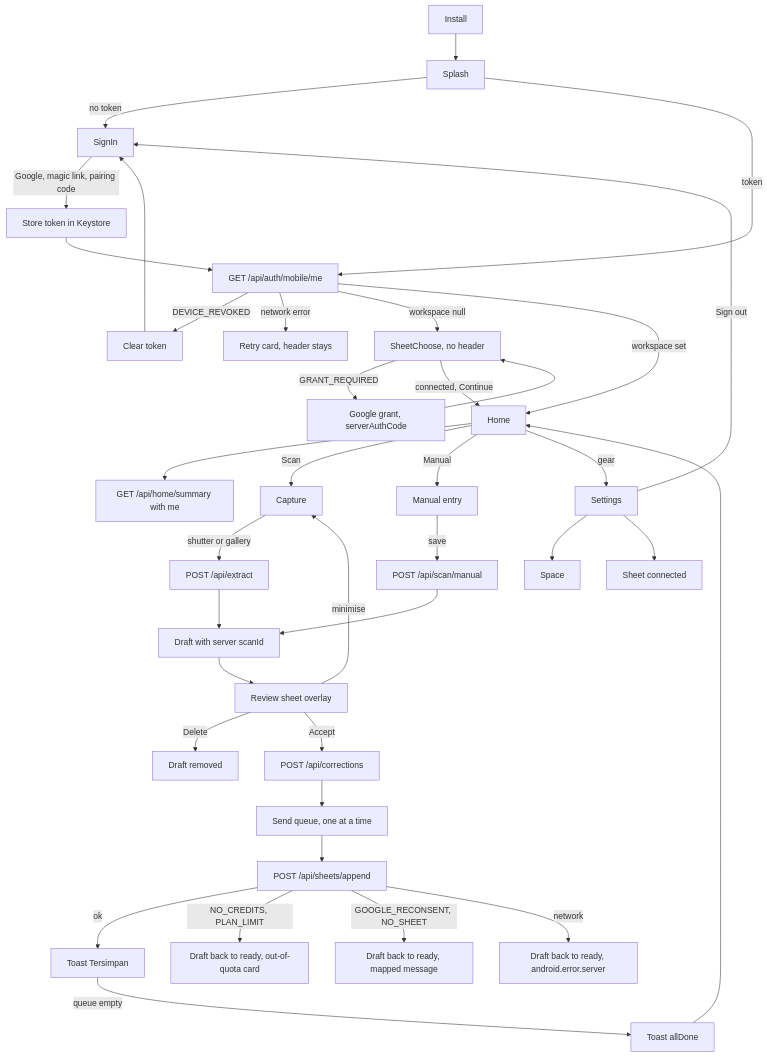
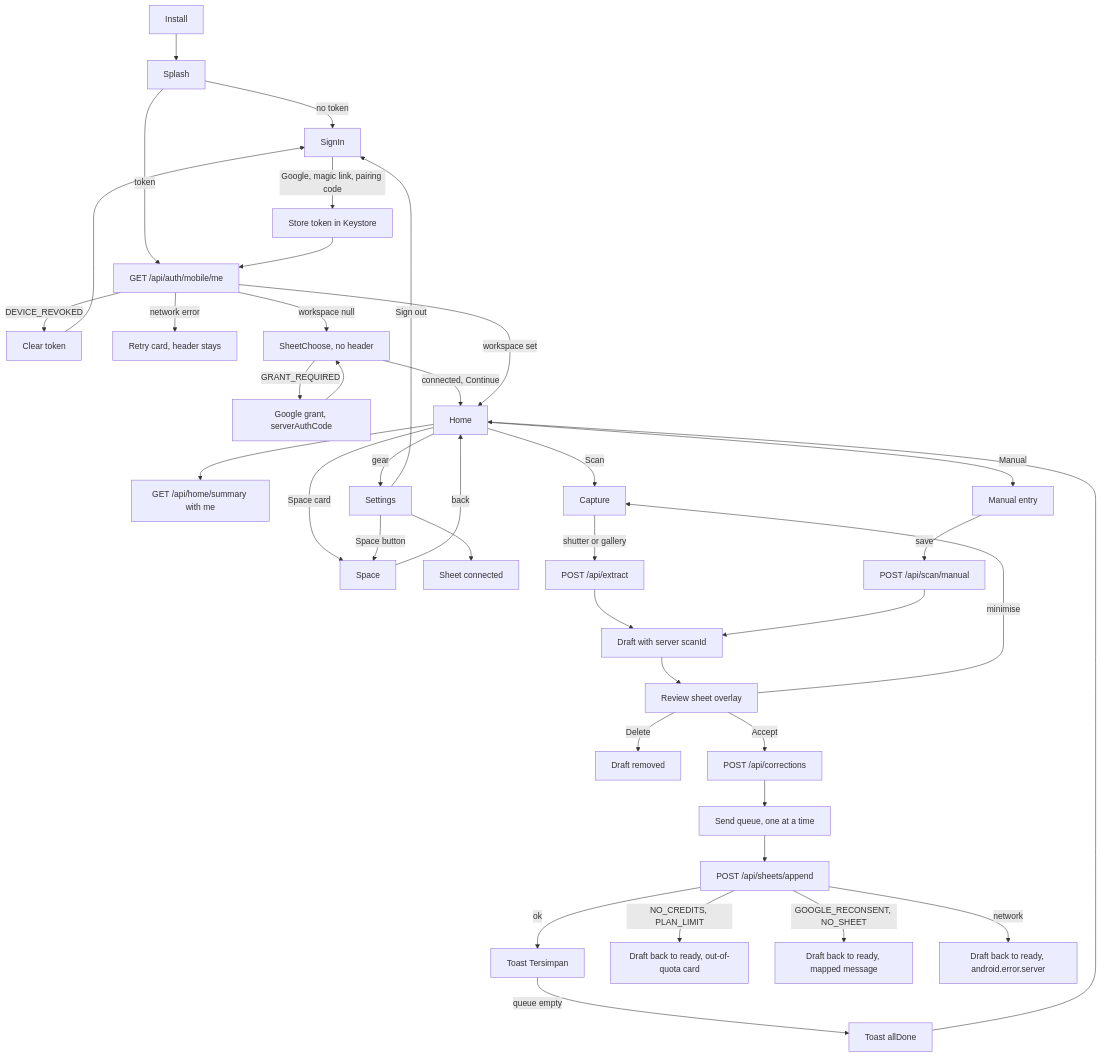
Before and after one commit to masjames/zippp.link: the first of 3 diagrams in spec/themes/03-zippp-software-factory/android-spec/08-flows-system-wireframes.md, drawn with Mermaid. The commit also changed other lines of this file and 16 other files, not shown here.

````diff
--- a/spec/themes/03-zippp-software-factory/android-spec/08-flows-system-wireframes.md
+++ b/spec/themes/03-zippp-software-factory/android-spec/08-flows-system-wireframes.md
@@ -98,39 +103,41 @@
 ```mermaid
 flowchart TD
     A[Install] --> B[Splash]
     B -->|no token| C[SignIn]
     C -->|Google, magic link, pairing code| D[Store token in Keystore]
     B -->|token| E[GET /api/auth/mobile/me]
     D --> E
     E -->|DEVICE_REVOKED| F[Clear token]
     F --> C
     E -->|network error| G[Retry card, header stays]
     E -->|workspace null| H[SheetChoose, no header]
     H -->|GRANT_REQUIRED| H2[Google grant, serverAuthCode]
     H2 --> H
     H -->|connected, Continue| I[Home]
     I --> I2[GET /api/home/summary with me]
     E -->|workspace set| I
     I -->|Scan| J[Capture]
     I -->|Manual| K[Manual entry]
     I -->|gear| L[Settings]
-    L --> M[Space]
+    I -->|Space card| M[Space]
+    L -->|Space button| M
+    M -->|back| I
     L --> N[Sheet connected]
     L -->|Sign out| C
     J -->|shutter or gallery| O[POST /api/extract]
     K -->|save| P[POST /api/scan/manual]
     O --> Q[Draft with server scanId]
     P --> Q
     Q --> R[Review sheet overlay]
     R -->|Delete| S[Draft removed]
     R -->|minimise| J
     R -->|Accept| T[POST /api/corrections]
     T --> U[Send queue, one at a time]
     U --> V[POST /api/sheets/append]
     V -->|ok| W[Toast Tersimpan]
     V -->|NO_CREDITS, PLAN_LIMIT| X[Draft back to ready, out-of-quota card]
     V -->|GOOGLE_RECONSENT, NO_SHEET| Y[Draft back to ready, mapped message]
     V -->|network| Z[Draft back to ready, android.error.server]
     W -->|queue empty| AA[Toast allDone]
     AA --> I
 ```
````
